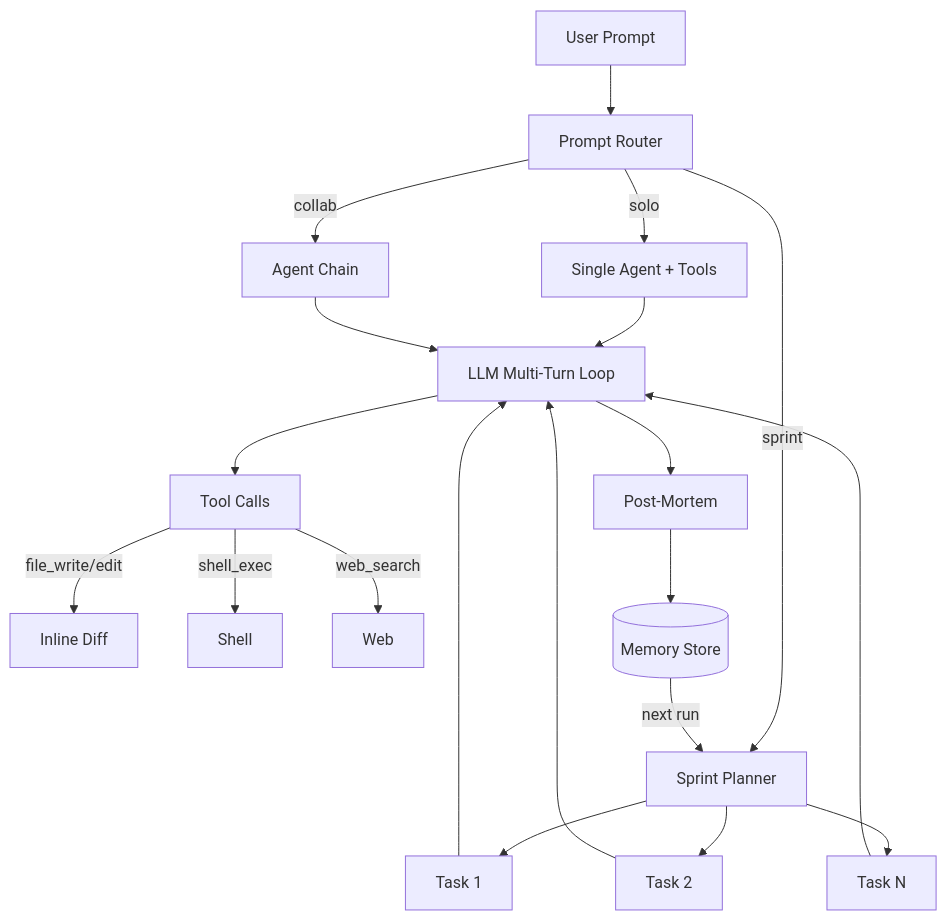
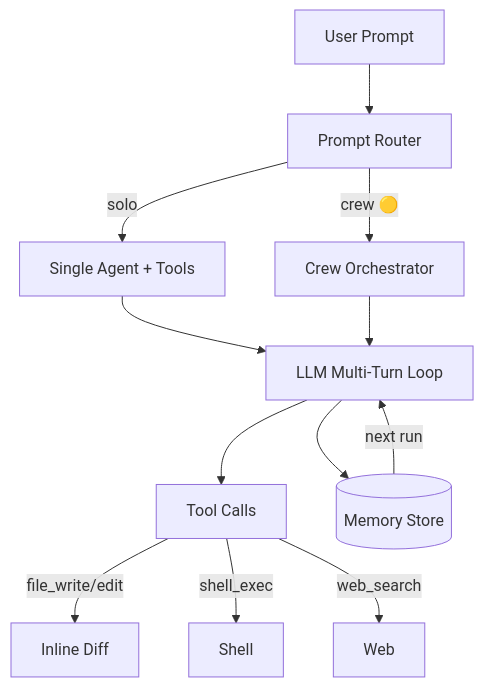
One commit to codepawl/openpawl changed the diagram in README.md. Above: the diagram before and after it, drawn with Mermaid. The commit also changed other lines of this file and 71 other files, not shown here.

First line of the commit message:
chore(cleanup): land sprint/collab nuke + doc-pass + dormant subsystems (#99)

````diff
--- a/README.md
+++ b/README.md
@@ -255,28 +246,18 @@
 ```mermaid
 graph TD
     U[User Prompt] --> R[Prompt Router]
 
     R -->|solo| A1[Single Agent + Tools]
-    R -->|collab| CC[Agent Chain]
-    R -->|sprint| SP[Sprint Planner]
+    R -->|crew 🟡| CR[Crew Orchestrator]
 
     A1 --> LLM[LLM Multi-Turn Loop]
-    CC --> LLM
-
-    SP --> T1[Task 1]
-    SP --> T2[Task 2]
-    SP --> T3[Task N]
-
-    T1 --> LLM
-    T2 --> LLM
-    T3 --> LLM
+    CR --> LLM
 
     LLM --> TC[Tool Calls]
     TC -->|file_write/edit| DIFF[Inline Diff]
     TC -->|shell_exec| SH[Shell]
     TC -->|web_search| WS[Web]
 
-    LLM --> PM[Post-Mortem]
-    PM --> MS[(Memory Store)]
-    MS -->|next run| SP
+    LLM --> MS[(Memory Store)]
+    MS -->|next run| LLM
 ```
````
